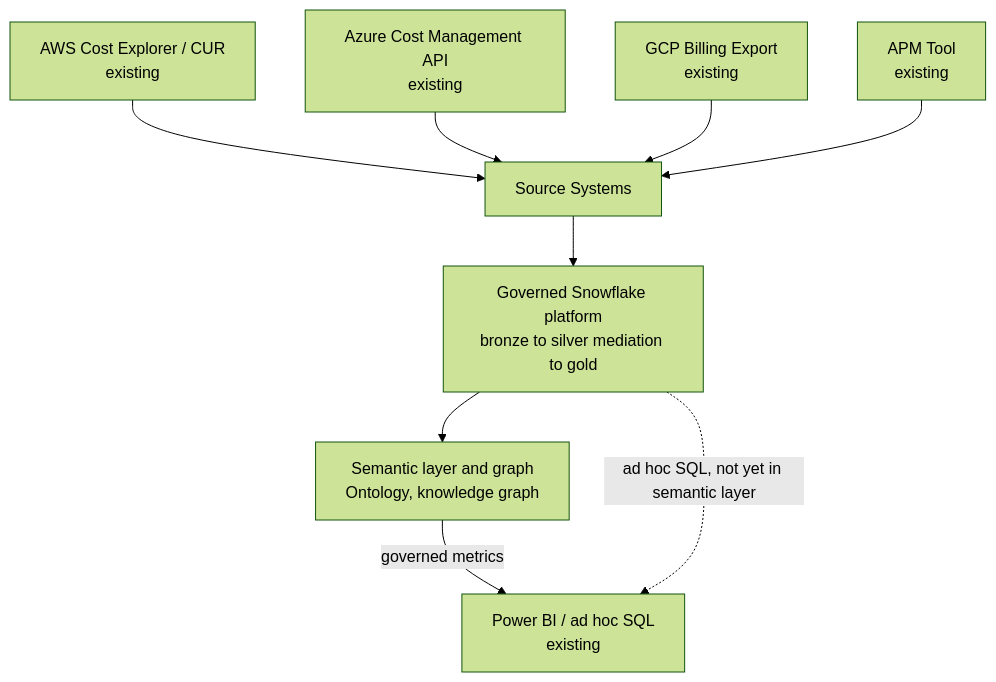
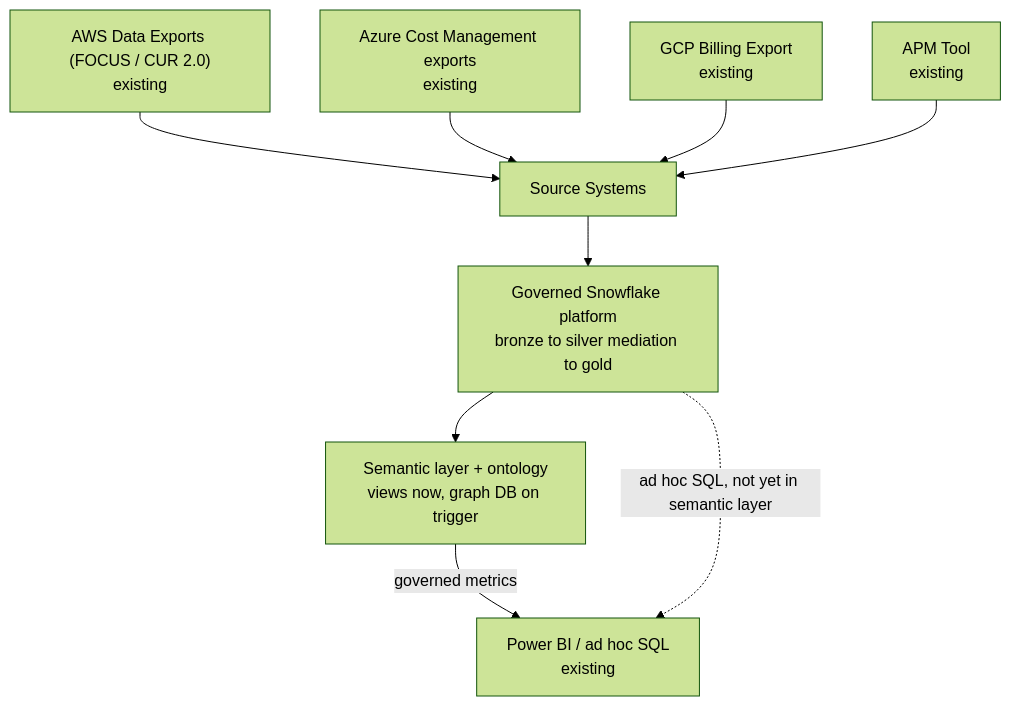
The first of 2 diagrams in docs/Solution_Architecture_Data_Foundations.md (mbnest/finops-intelligence-platform), drawn with Mermaid (forest theme) before and after one commit. The commit also changed other lines of this file and 15 other files, not shown here.

First line of the commit message:
Revise architecture docs from review: billing data, ML framing, operating model, rollout, testing, and references

````diff
--- a/docs/Solution_Architecture_Data_Foundations.md
+++ b/docs/Solution_Architecture_Data_Foundations.md
@@ -44,11 +44,11 @@
 ```mermaid
 flowchart TD
-    AWS["AWS Cost Explorer / CUR<br/>existing"] --> SRC[Source Systems]
-    AZURE["Azure Cost Management API<br/>existing"] --> SRC
+    AWS["AWS Data Exports (FOCUS / CUR 2.0)<br/>existing"] --> SRC[Source Systems]
+    AZURE["Azure Cost Management exports<br/>existing"] --> SRC
     GCP["GCP Billing Export<br/>existing"] --> SRC
     APM["APM Tool<br/>existing"] --> SRC
     SRC --> C[Governed Snowflake platform<br/>bronze to silver mediation to gold]
-    C --> D[Semantic layer and graph<br/>Ontology, knowledge graph]
+    C --> D["Semantic layer + ontology<br/>views now, graph DB on trigger"]
     D -->|governed metrics| BI["Power BI / ad hoc SQL<br/>existing"]
     C -.->|ad hoc SQL, not yet in semantic layer| BI
 ```
````
